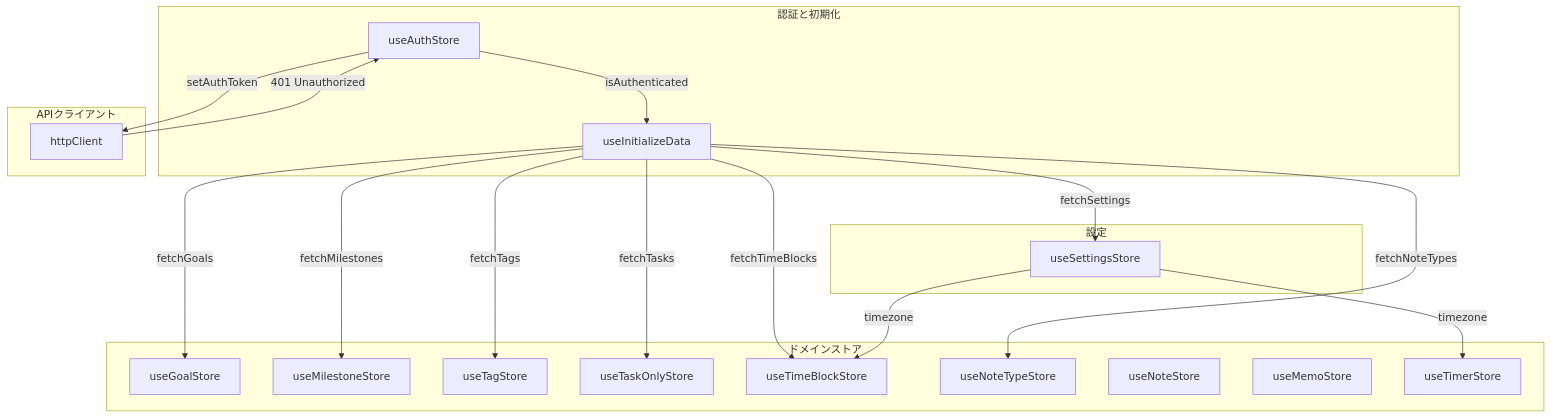
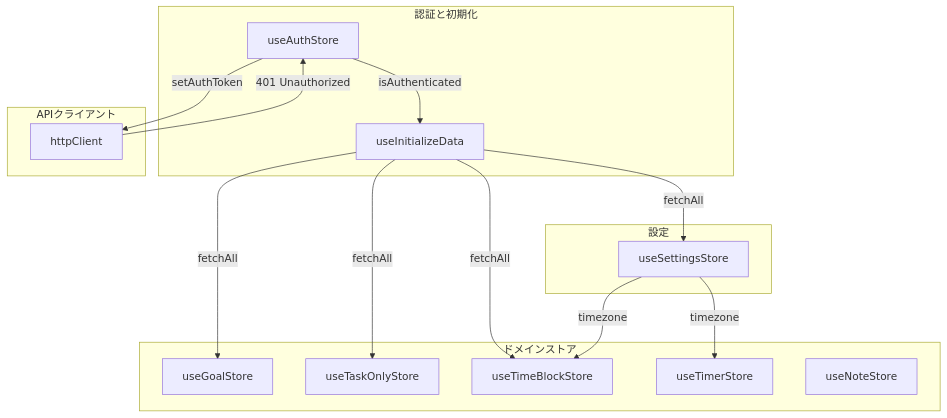
Before and after one commit to yu-min3/kensan: the fifth of 12 diagrams in src/ARCHITECTURE.md, drawn with Mermaid. The commit also changed other lines of this file and 117 other files, not shown here.

````diff
--- a/src/ARCHITECTURE.md
+++ b/src/ARCHITECTURE.md
@@ -987,43 +265,36 @@
 ```mermaid
 graph TB
     subgraph "認証と初期化"
-        AuthStore[useAuthStore]
-        InitHook[useInitializeData]
+        AuthStore["useAuthStore"]
+        InitHook["useInitializeData"]
     end
 
     subgraph "設定"
-        SettingsStore[useSettingsStore]
+        SettingsStore["useSettingsStore"]
     end
 
     subgraph "ドメインストア"
-        GoalStore[useGoalStore]
-        MilestoneStore[useMilestoneStore]
-        TagStore[useTagStore]
-        TaskStore[useTaskOnlyStore]
-        TimeBlockStore[useTimeBlockStore]
-        NoteTypeStore[useNoteTypeStore]
-        NoteStore[useNoteStore]
-        MemoStore[useMemoStore]
-        TimerStore[useTimerStore]
+        GoalStore["useGoalStore"]
+        TaskStore["useTaskOnlyStore"]
+        TimeBlockStore["useTimeBlockStore"]
+        TimerStore["useTimerStore"]
+        NoteStore["useNoteStore"]
     end
 
     subgraph "APIクライアント"
-        HttpClient[httpClient]
+        HttpClient["httpClient"]
     end
 
     AuthStore -->|setAuthToken| HttpClient
     AuthStore -->|isAuthenticated| InitHook
 
-    InitHook -->|fetchSettings| SettingsStore
-    InitHook -->|fetchNoteTypes| NoteTypeStore
-    InitHook -->|fetchGoals| GoalStore
-    InitHook -->|fetchMilestones| MilestoneStore
-    InitHook -->|fetchTags| TagStore
-    InitHook -->|fetchTasks| TaskStore
-    InitHook -->|fetchTimeBlocks| TimeBlockStore
+    InitHook -->|fetchAll| SettingsStore
+    InitHook -->|fetchAll| GoalStore
+    InitHook -->|fetchAll| TaskStore
+    InitHook -->|fetchAll| TimeBlockStore
 
     SettingsStore -->|timezone| TimeBlockStore
     SettingsStore -->|timezone| TimerStore
 
     HttpClient -->|401 Unauthorized| AuthStore
 ```
````
